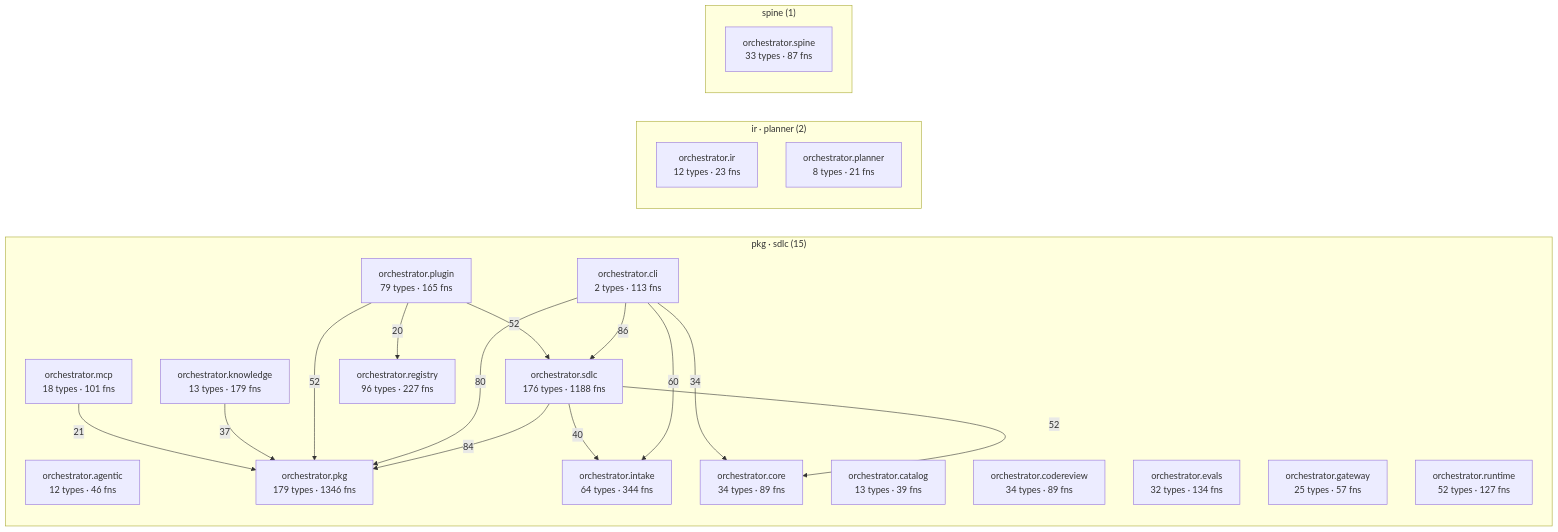
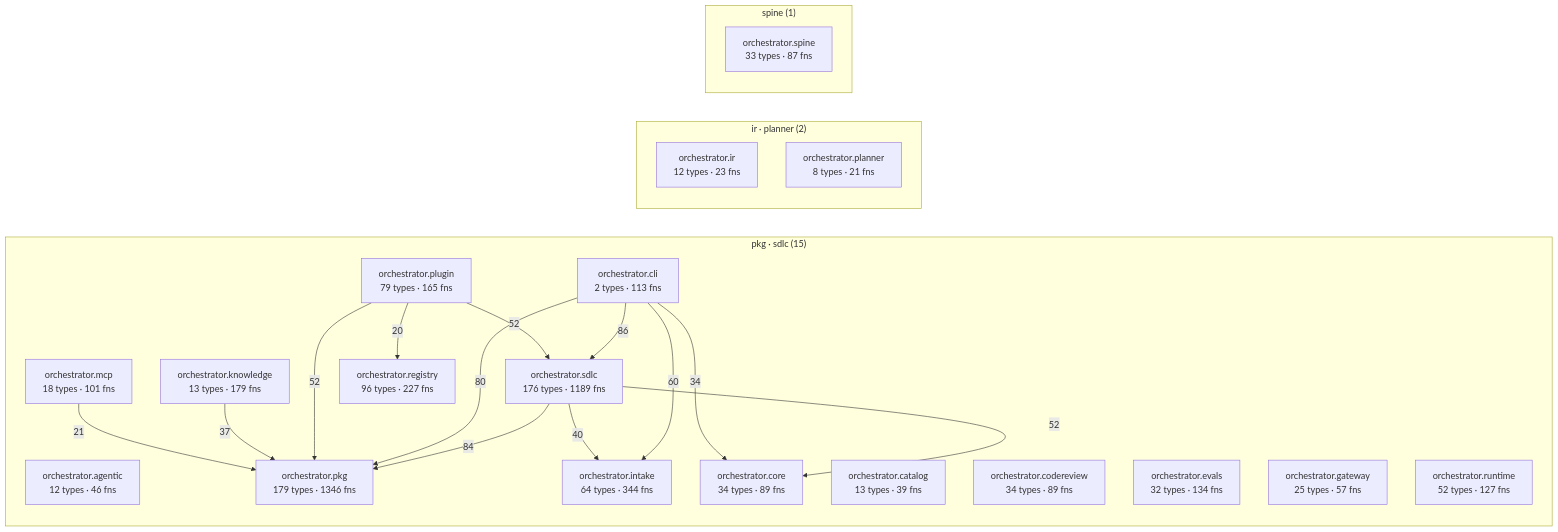
The diagram in episteme/architecture.md (synaptixs/spine), drawn with Mermaid before and after one commit. The commit also changed other lines of this file and 21 other files, not shown here.

````diff
--- a/episteme/architecture.md
+++ b/episteme/architecture.md
@@ -56,39 +56,39 @@
 ```mermaid
 flowchart LR
   subgraph c_2["pkg · sdlc (15)"]
     aorchestratoragentic["orchestrator.agentic<br/>12 types · 46 fns"]
     aorchestratorcatalog["orchestrator.catalog<br/>13 types · 39 fns"]
     aorchestratorcli["orchestrator.cli<br/>2 types · 113 fns"]
     aorchestratorcodereview["orchestrator.codereview<br/>34 types · 89 fns"]
     aorchestratorcore["orchestrator.core<br/>34 types · 89 fns"]
     aorchestratorevals["orchestrator.evals<br/>32 types · 134 fns"]
     aorchestratorgateway["orchestrator.gateway<br/>25 types · 57 fns"]
     aorchestratorintake["orchestrator.intake<br/>64 types · 344 fns"]
     aorchestratorknowledge["orchestrator.knowledge<br/>13 types · 179 fns"]
     aorchestratormcp["orchestrator.mcp<br/>18 types · 101 fns"]
     aorchestratorpkg["orchestrator.pkg<br/>179 types · 1346 fns"]
     aorchestratorplugin["orchestrator.plugin<br/>79 types · 165 fns"]
     aorchestratorregistry["orchestrator.registry<br/>96 types · 227 fns"]
     aorchestratorruntime["orchestrator.runtime<br/>52 types · 127 fns"]
-    aorchestratorsdlc["orchestrator.sdlc<br/>176 types · 1188 fns"]
+    aorchestratorsdlc["orchestrator.sdlc<br/>176 types · 1189 fns"]
   end
   subgraph c_5["ir · planner (2)"]
     aorchestratorir["orchestrator.ir<br/>12 types · 23 fns"]
     aorchestratorplanner["orchestrator.planner<br/>8 types · 21 fns"]
   end
   subgraph c_10["spine (1)"]
     aorchestratorspine["orchestrator.spine<br/>33 types · 87 fns"]
   end
   aorchestratorcli -->|86| aorchestratorsdlc
   aorchestratorsdlc -->|84| aorchestratorpkg
   aorchestratorcli -->|80| aorchestratorpkg
   aorchestratorcli -->|60| aorchestratorintake
   aorchestratorplugin -->|52| aorchestratorpkg
   aorchestratorplugin -->|52| aorchestratorsdlc
   aorchestratorsdlc -->|52| aorchestratorcore
   aorchestratorsdlc -->|40| aorchestratorintake
   aorchestratorknowledge -->|37| aorchestratorpkg
   aorchestratorcli -->|34| aorchestratorcore
   aorchestratormcp -->|21| aorchestratorpkg
   aorchestratorplugin -->|20| aorchestratorregistry
 ```
````
